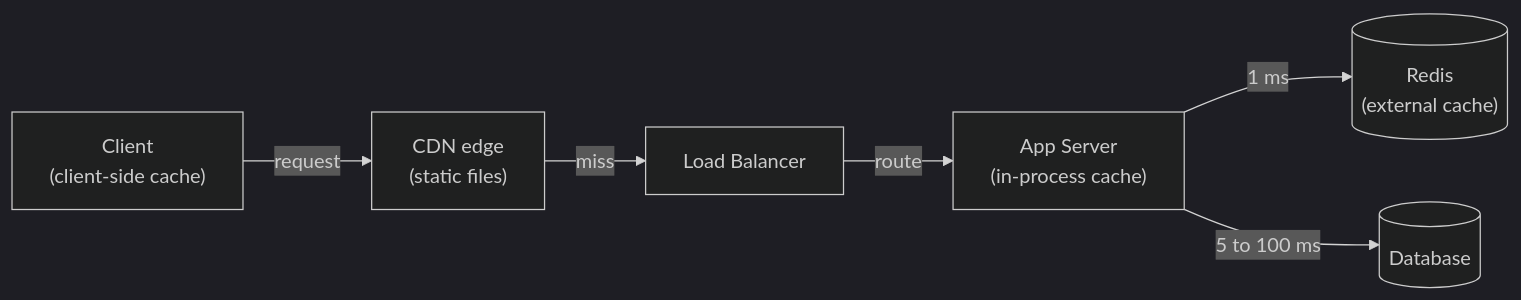
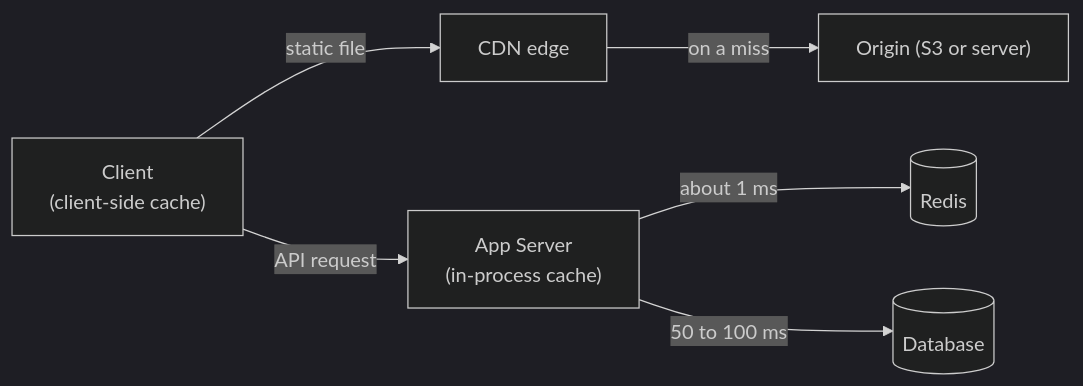
Before and after one commit to aaryan-pradhan/core-cs-fundamentals: the diagram in hld/10-caching-and-cdn.md, drawn with Mermaid (dark theme). The commit also changed other lines of this file, not shown here.

````diff
--- a/hld/10-caching-and-cdn.md
+++ b/hld/10-caching-and-cdn.md
@@ -18,8 +29,8 @@
 ```mermaid
 flowchart LR
-    C["Client<br/>(client-side cache)"] -->|"request"| CDN["CDN edge<br/>(static files)"]
-    CDN -->|"miss"| LB["Load Balancer"]
-    LB -->|"route"| A["App Server<br/>(in-process cache)"]
-    A -->|"1 ms"| R[("Redis<br/>(external cache)")]
-    A -->|"5 to 100 ms"| D[("Database")]
+    C["Client<br/>(client-side cache)"] -->|"static file"| CDN["CDN edge"]
+    CDN -->|"on a miss"| O["Origin (S3 or server)"]
+    C -->|"API request"| A["App Server<br/>(in-process cache)"]
+    A -->|"about 1 ms"| R[("Redis")]
+    A -->|"50 to 100 ms"| D[("Database")]
 ```
````
